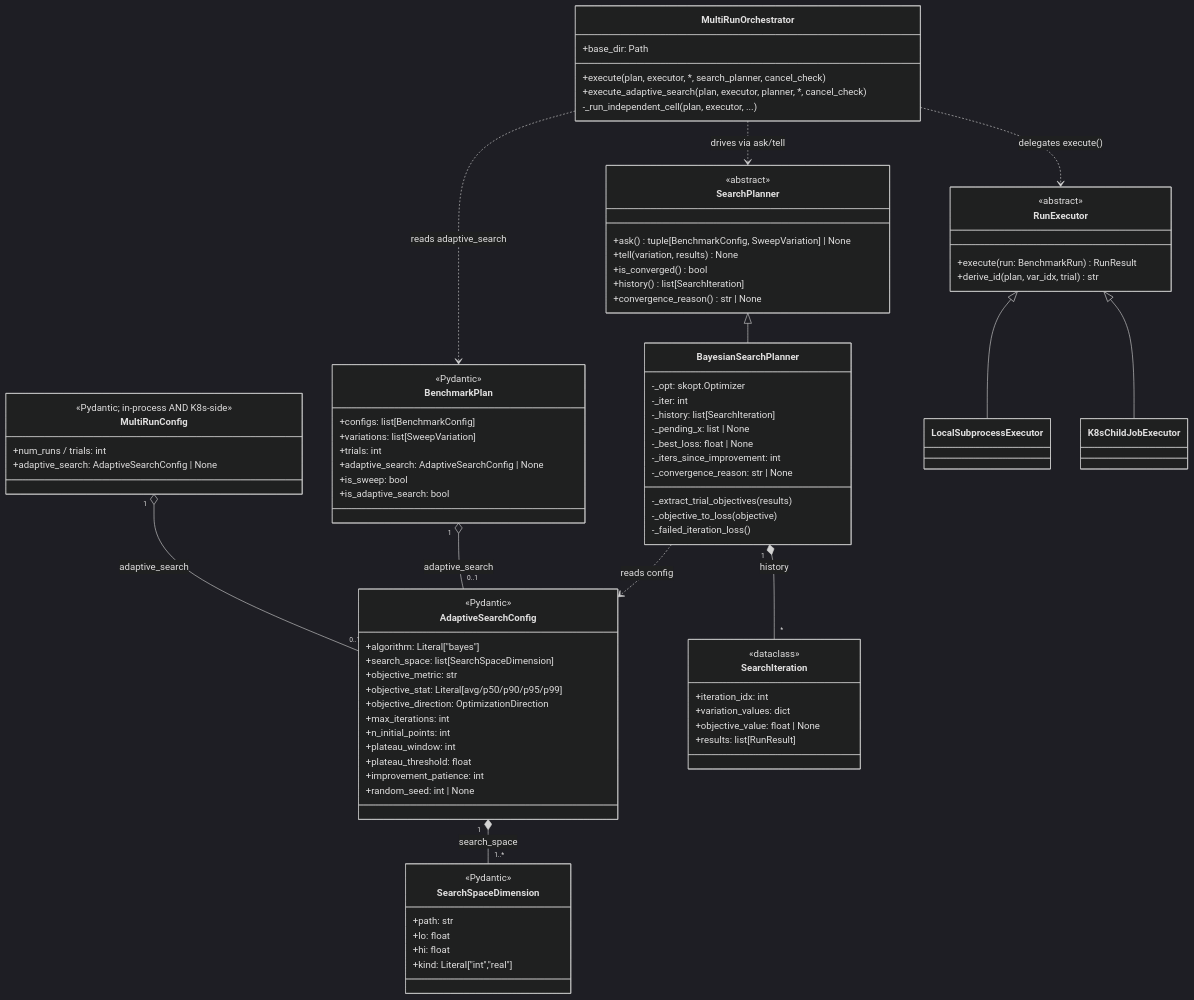
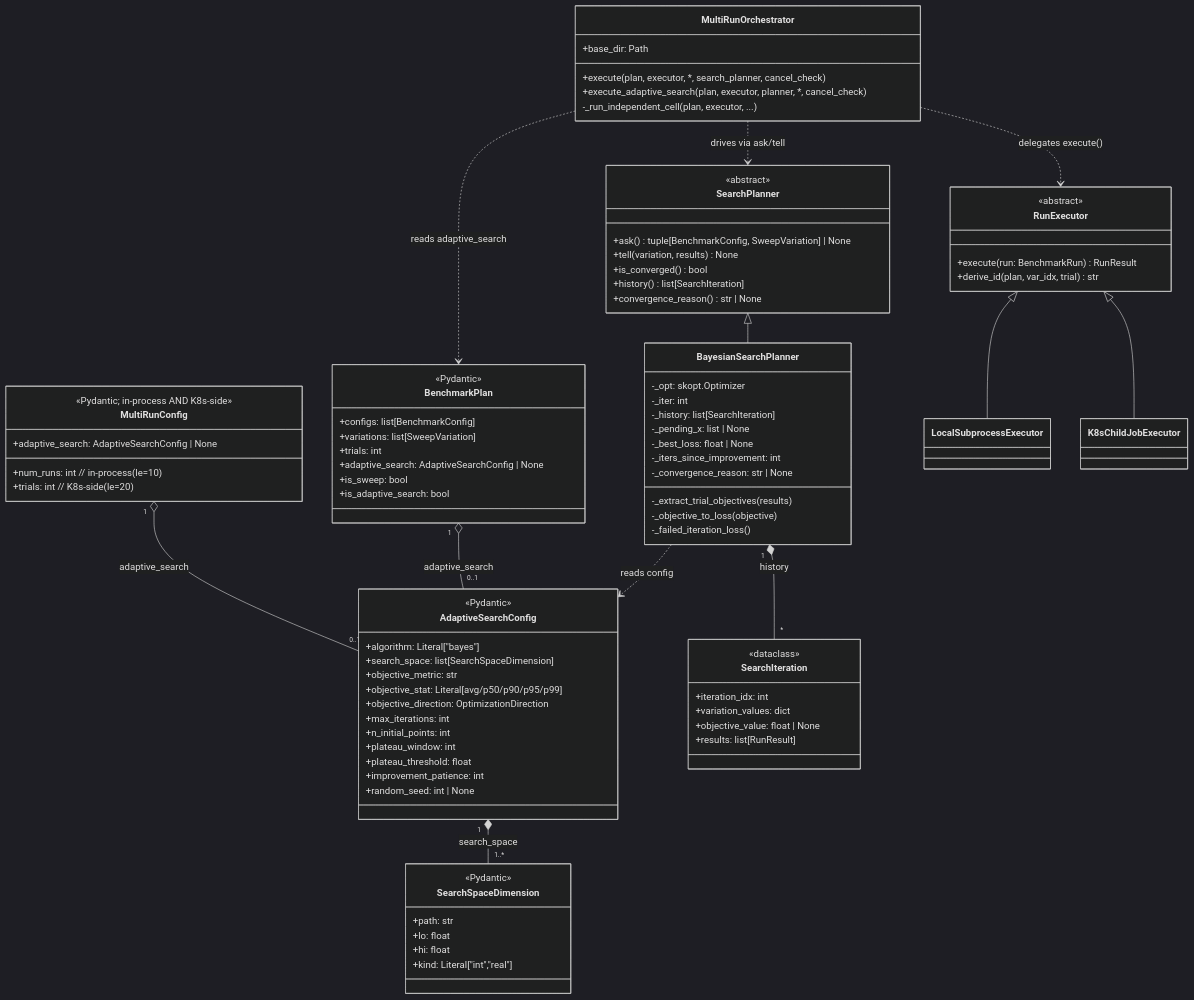
The first of 3 diagrams in docs/reference/adaptive-search-architecture.md (ai-dynamo/aiperf), drawn with Mermaid (dark theme) before and after one commit. The commit also changed other lines of this file and 7 other files, not shown here.

```diff
--- a/docs/reference/adaptive-search-architecture.md
+++ b/docs/reference/adaptive-search-architecture.md
@@ -38,7 +38,8 @@
     }
     class MultiRunConfig {
         <<Pydantic; in-process AND K8s-side>>
-        +num_runs / trials: int
+        +num_runs: int  // in-process (le=10)
+        +trials: int    // K8s-side (le=20)
         +adaptive_search: AdaptiveSearchConfig | None
     }
     class BenchmarkPlan {
```
